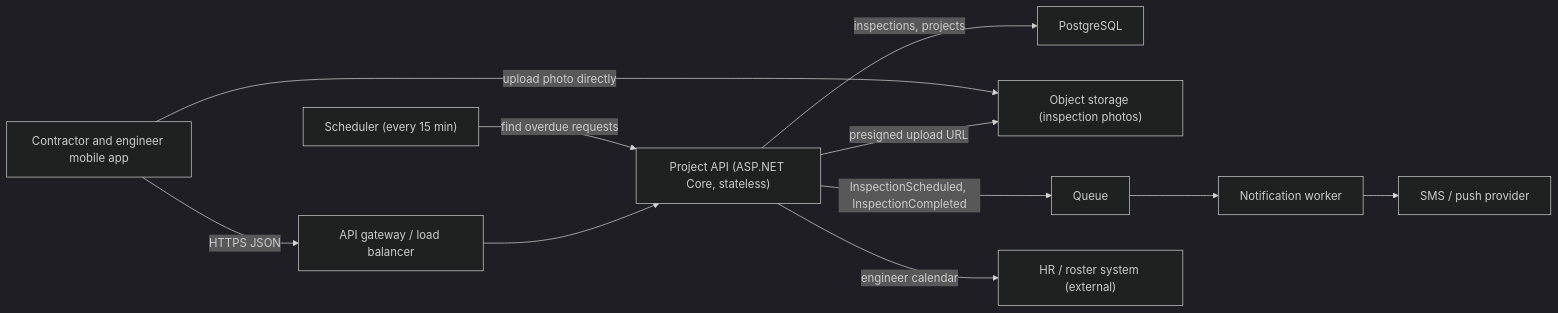
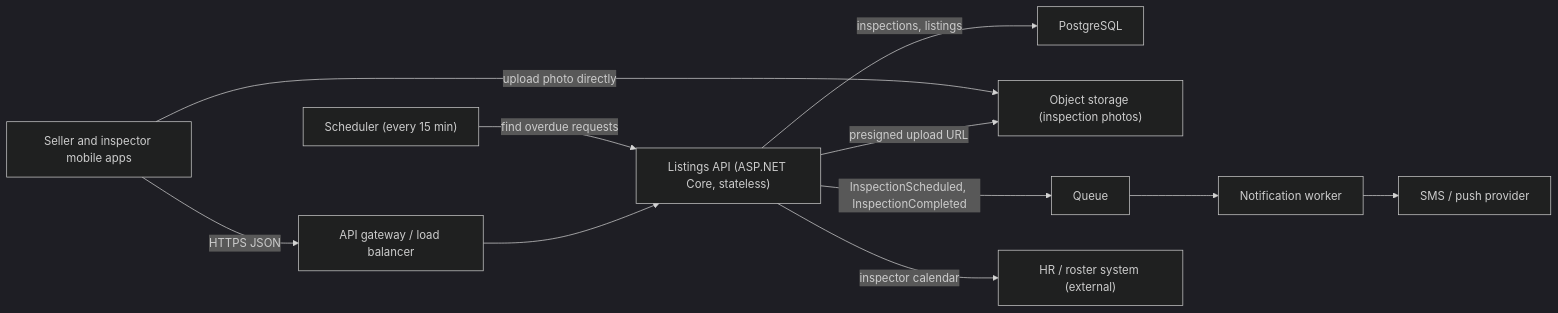
The first of 5 diagrams in content/lessons/m02/m02-hld-vs-lld.md (rizwi0786/system-design-lab), drawn with Mermaid (dark theme) before and after one commit. The commit also changed other lines of this file and 334 other files, not shown here.

````diff
--- a/content/lessons/m02/m02-hld-vs-lld.md
+++ b/content/lessons/m02/m02-hld-vs-lld.md
@@ -151,13 +151,13 @@
 ```mermaid
 flowchart LR
-    APP["Contractor and engineer mobile app"] -->|"HTTPS JSON"| GW["API gateway / load balancer"]
-    GW --> API["Project API (ASP.NET Core, stateless)"]
-    API -->|"inspections, projects"| DB["PostgreSQL"]
+    APP["Seller and inspector mobile apps"] -->|"HTTPS JSON"| GW["API gateway / load balancer"]
+    GW --> API["Listings API (ASP.NET Core, stateless)"]
+    API -->|"inspections, listings"| DB["PostgreSQL"]
     API -->|"presigned upload URL"| OBJ["Object storage (inspection photos)"]
     APP -->|"upload photo directly"| OBJ
     API -->|"InspectionScheduled, InspectionCompleted"| Q["Queue"]
     Q --> NW["Notification worker"]
     NW --> SMS["SMS / push provider"]
     SCH["Scheduler (every 15 min)"] -->|"find overdue requests"| API
-    API -->|"engineer calendar"| HR["HR / roster system (external)"]
+    API -->|"inspector calendar"| HR["HR / roster system (external)"]
 ```
````
